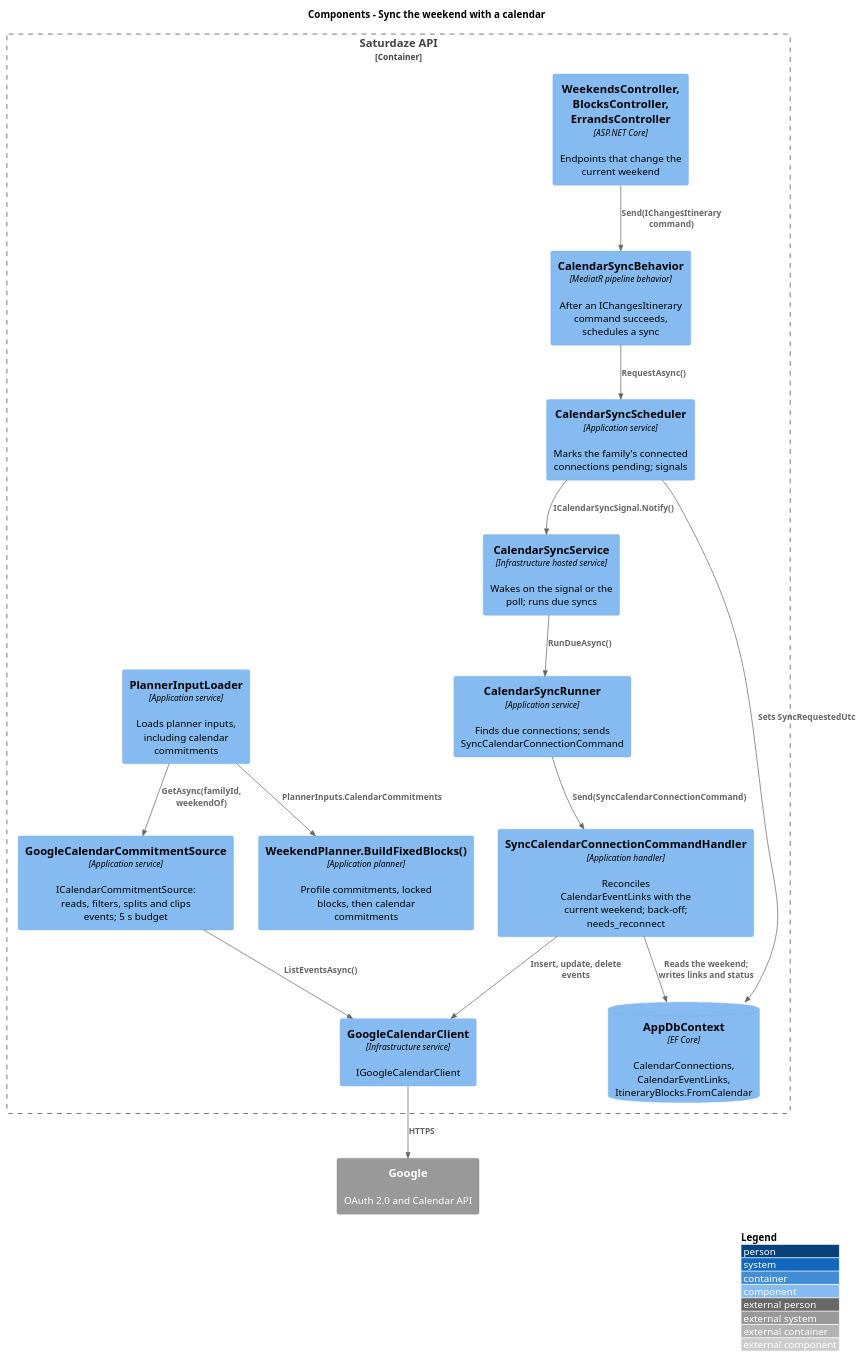
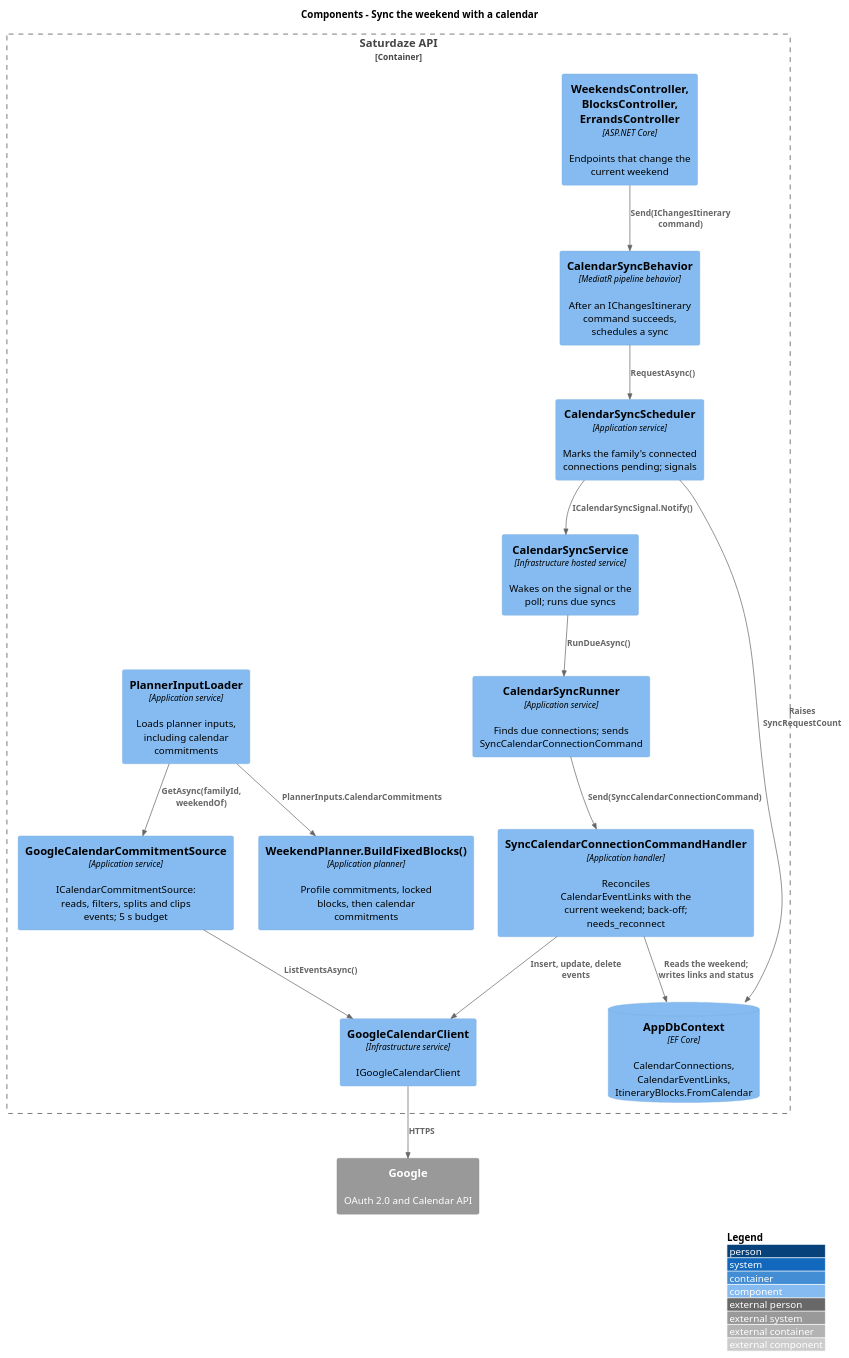
One commit to QuinntyneBrown/saturdaze changed the diagram in docs/detailed-designs/weekend-planning/sync-weekend-to-calendar/diagrams/c4-component.puml. Above: the diagram before and after it, drawn with PlantUML. The commit also changed 44 other files, not shown here.

```diff
--- a/docs/detailed-designs/weekend-planning/sync-weekend-to-calendar/diagrams/c4-component.puml
+++ b/docs/detailed-designs/weekend-planning/sync-weekend-to-calendar/diagrams/c4-component.puml
@@ -1,32 +1,32 @@
 @startuml
 !include <C4/C4_Component>
 LAYOUT_WITH_LEGEND()
 title Components - Sync the weekend with a calendar
 
 Container_Boundary(api, "Saturdaze API") {
   Component(controllers, "WeekendsController, BlocksController, ErrandsController", "ASP.NET Core", "Endpoints that change the current weekend")
   Component(behavior, "CalendarSyncBehavior", "MediatR pipeline behavior", "After an IChangesItinerary command succeeds, schedules a sync")
   Component(scheduler, "CalendarSyncScheduler", "Application service", "Marks the family's connected connections pending; signals")
   Component(service, "CalendarSyncService", "Infrastructure hosted service", "Wakes on the signal or the poll; runs due syncs")
   Component(runner, "CalendarSyncRunner", "Application service", "Finds due connections; sends SyncCalendarConnectionCommand")
   Component(sync, "SyncCalendarConnectionCommandHandler", "Application handler", "Reconciles CalendarEventLinks with the current weekend; back-off; needs_reconnect")
   Component(loader, "PlannerInputLoader", "Application service", "Loads planner inputs, including calendar commitments")
   Component(source, "GoogleCalendarCommitmentSource", "Application service", "ICalendarCommitmentSource: reads, filters, splits and clips events; 5 s budget")
   Component(planner, "WeekendPlanner.BuildFixedBlocks()", "Application planner", "Profile commitments, locked blocks, then calendar commitments")
   Component(client, "GoogleCalendarClient", "Infrastructure service", "IGoogleCalendarClient")
   ComponentDb(db, "AppDbContext", "EF Core", "CalendarConnections, CalendarEventLinks, ItineraryBlocks.FromCalendar")
 }
 System_Ext(google, "Google", "OAuth 2.0 and Calendar API")
 Rel(controllers, behavior, "Send(IChangesItinerary command)")
 Rel(behavior, scheduler, "RequestAsync()")
-Rel(scheduler, db, "Sets SyncRequestedUtc")
+Rel(scheduler, db, "Raises SyncRequestCount")
 Rel(scheduler, service, "ICalendarSyncSignal.Notify()")
 Rel(service, runner, "RunDueAsync()")
 Rel(runner, sync, "Send(SyncCalendarConnectionCommand)")
 Rel(sync, client, "Insert, update, delete events")
 Rel(sync, db, "Reads the weekend; writes links and status")
 Rel(loader, source, "GetAsync(familyId, weekendOf)")
 Rel(source, client, "ListEventsAsync()")
 Rel(loader, planner, "PlannerInputs.CalendarCommitments")
 Rel(client, google, "HTTPS")
 @enduml
```
